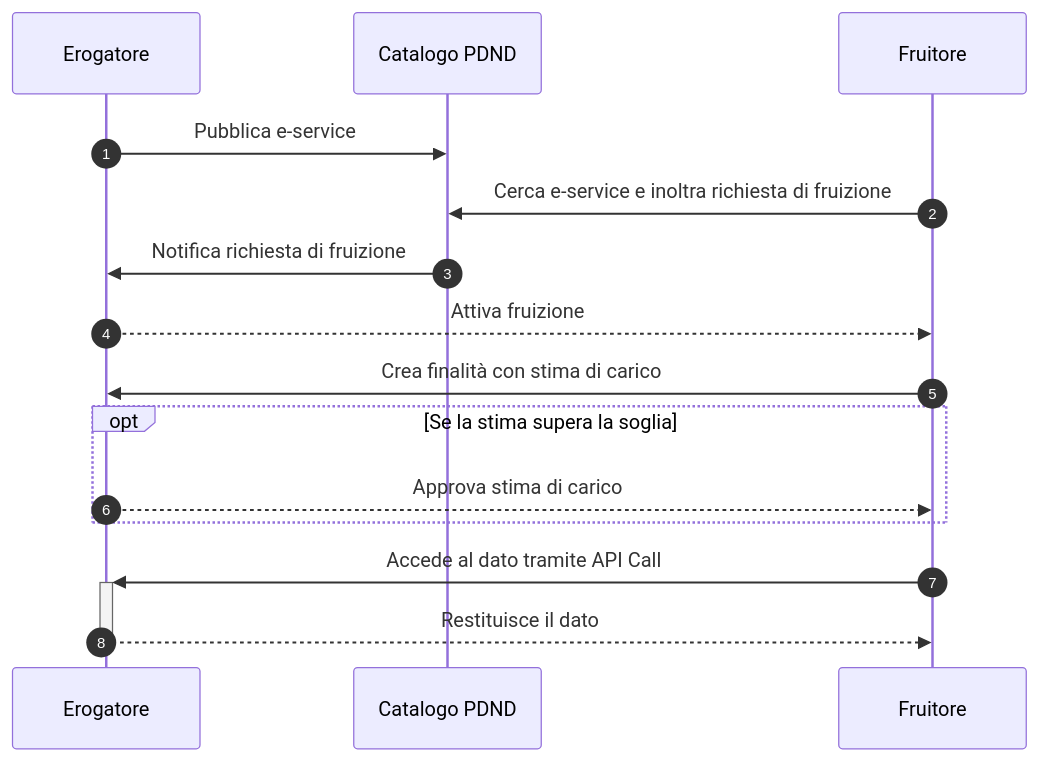
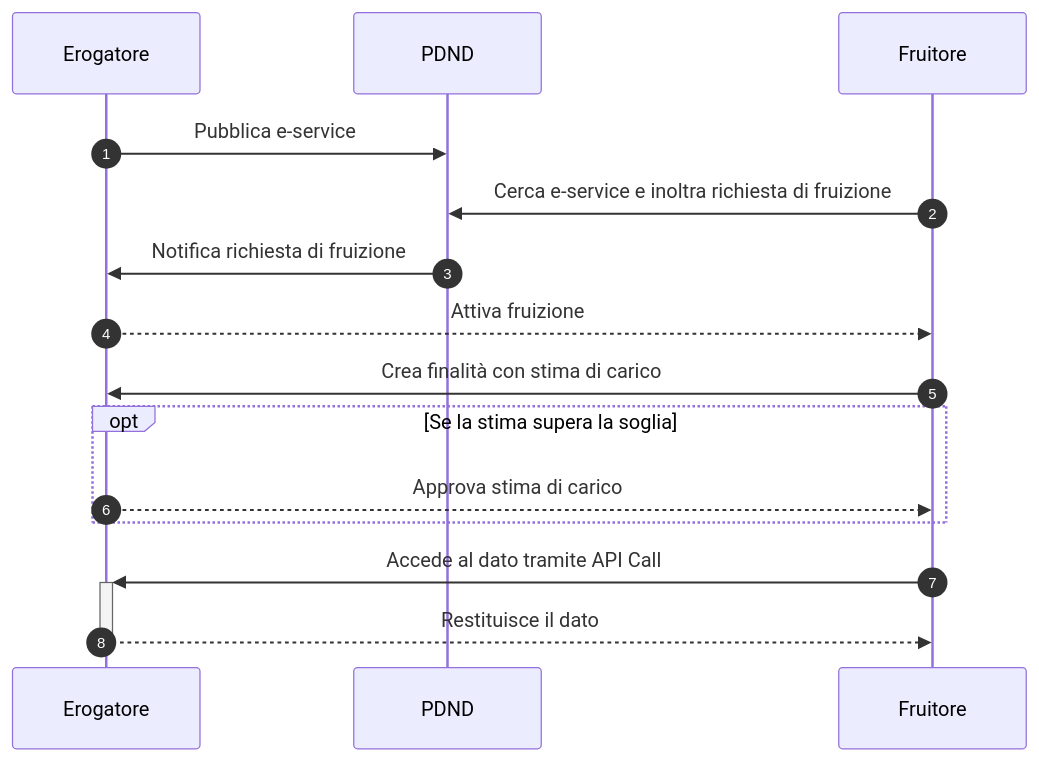
The diagram in docs/jqqB3CsnONZdScwRg13O/per-iniziare/funzionamento-generale.md (pagopa/devportal-docs), drawn with Mermaid before and after one commit. The commit also changed other lines of this file and 28 other files, not shown here.

````diff
--- a/docs/jqqB3CsnONZdScwRg13O/per-iniziare/funzionamento-generale.md
+++ b/docs/jqqB3CsnONZdScwRg13O/per-iniziare/funzionamento-generale.md
@@ -30,24 +30,24 @@
 ```mermaid
 sequenceDiagram
     autonumber
 
     participant E as Erogatore
-    participant C as Catalogo PDND
+    participant C as  PDND
     participant F as Fruitore
 
     E->>C: Pubblica e-service
 
     F->>C: Cerca e-service e inoltra richiesta di fruizione
     C->>E: Notifica richiesta di fruizione
 
     E-->>F: Attiva fruizione
 
     F->>E: Crea finalità con stima di carico
 
     opt Se la stima supera la soglia
         E-->>F: Approva stima di carico
     end
 
     F->>+E: Accede al dato tramite API Call
     E-->>-F: Restituisce il dato
 ```
````
